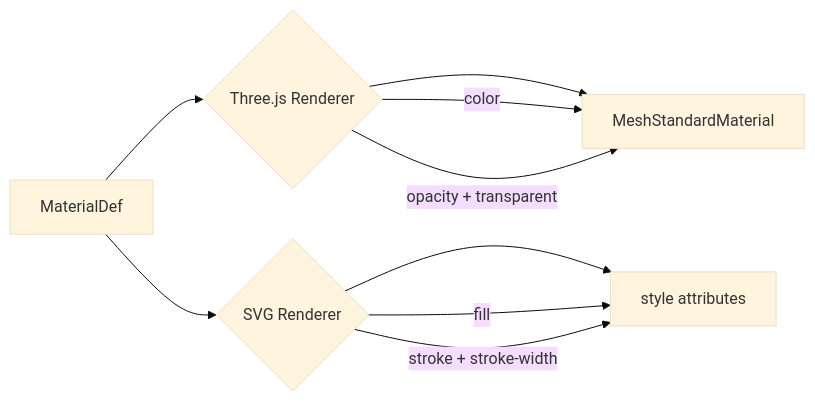
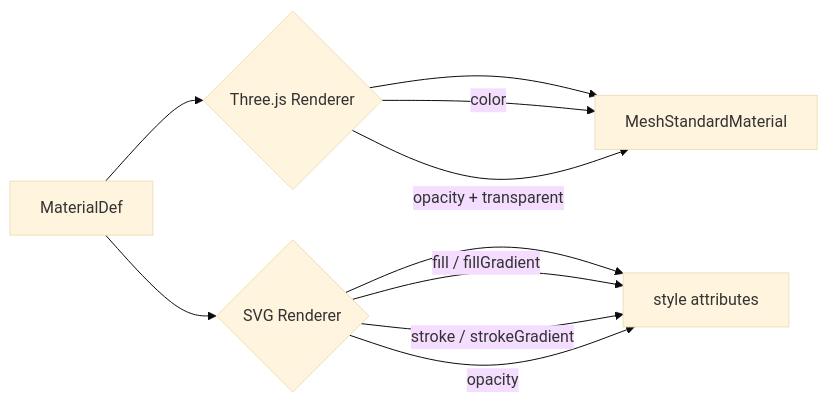
The seventh of 10 diagrams in docs/api-reference.md (joshuacba08/oroya-animate), drawn with Mermaid (base theme) before and after one commit. The commit also changed other lines of this file and 11 other files, not shown here.

````diff
--- a/docs/api-reference.md
+++ b/docs/api-reference.md
@@ -509,11 +563,12 @@
 ```mermaid
 graph LR
     MD["MaterialDef"] --> TH{"Three.js Renderer"}
     MD --> SV{"SVG Renderer"}
     TH --> M1["MeshStandardMaterial"]
     TH -->|"color"| M1
     TH -->|"opacity + transparent"| M1
     SV --> M2["style attributes"]
-    SV -->|"fill"| M2
-    SV -->|"stroke + stroke-width"| M2
+    SV -->|"fill / fillGradient"| M2
+    SV -->|"stroke / strokeGradient"| M2
+    SV -->|"opacity"| M2
 ```
````
